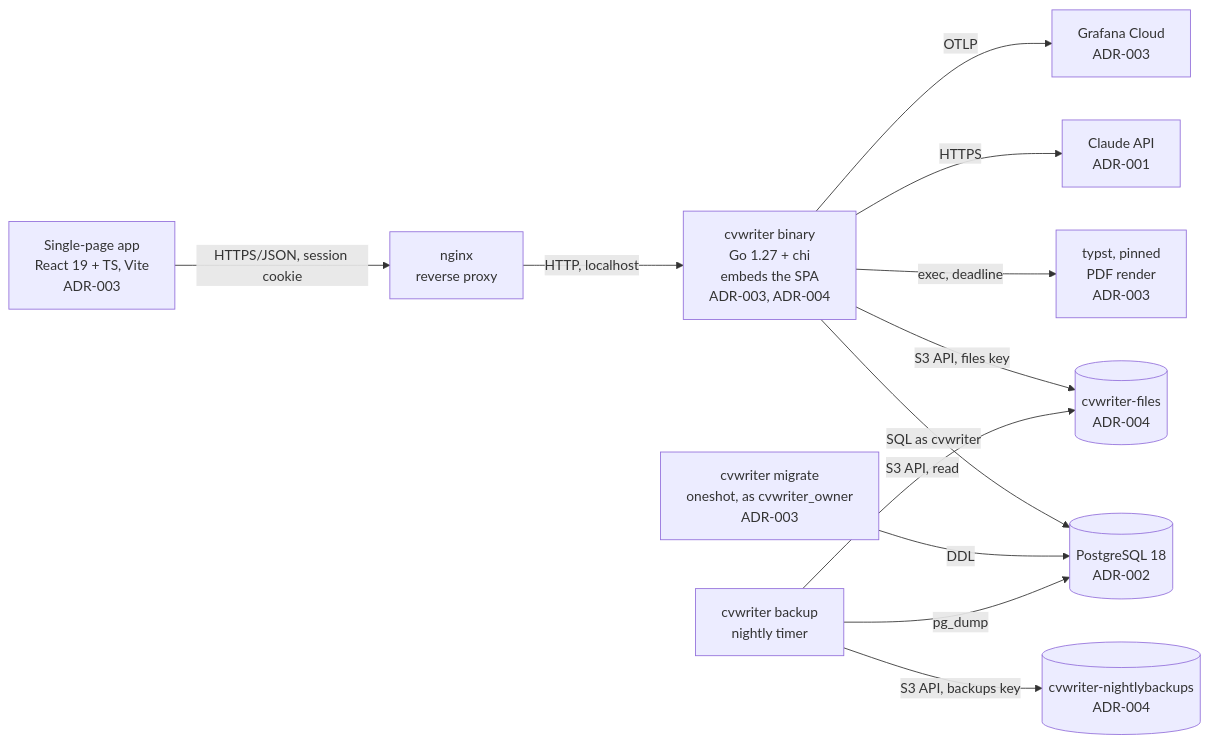
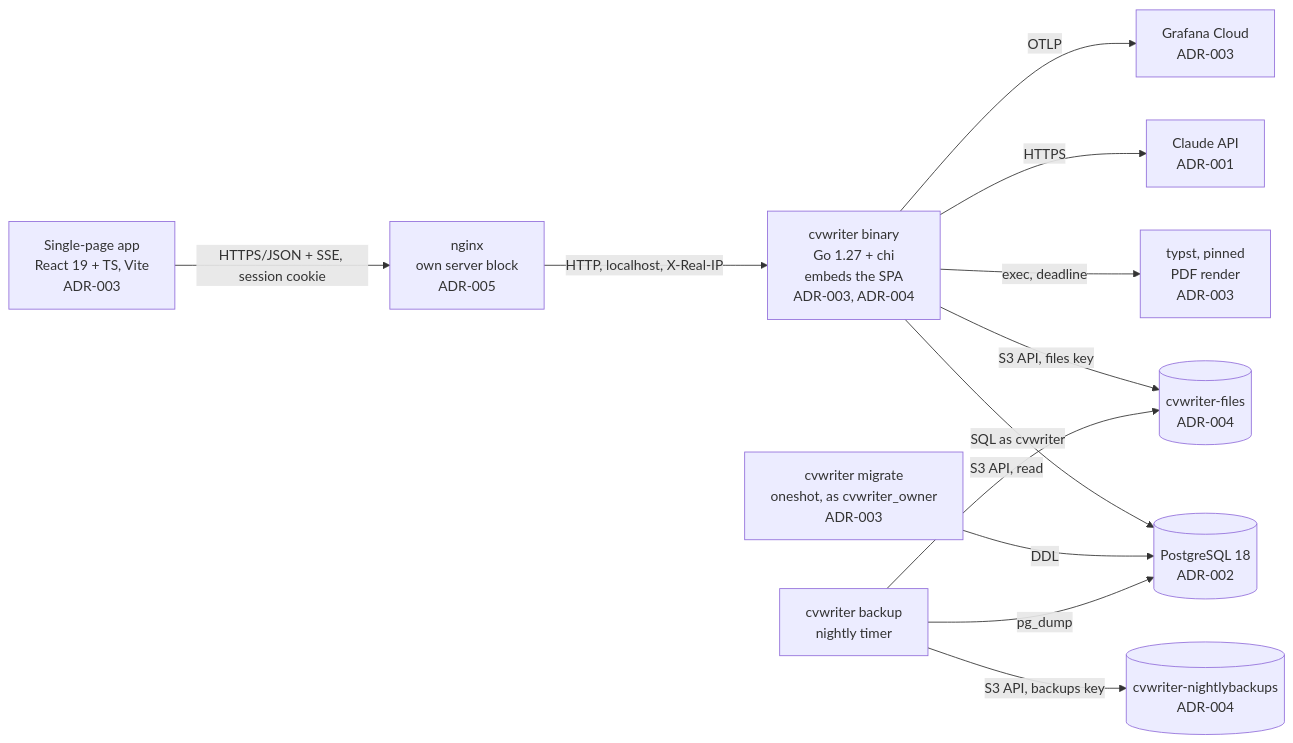
Before and after one commit to pyfork/klein-stapje: the fourth of 4 diagrams in specs/architecture.md, drawn with Mermaid. The commit also changed other lines of this file, not shown here.

First line of the commit message:
architecture: all open questions decided; sign-in, CV jobs, cv_events, own subdomain, scale path

````diff
--- a/specs/architecture.md
+++ b/specs/architecture.md
@@ -65,14 +78,14 @@
 ```mermaid
 flowchart LR
-    spa[Single-page app<br/>React 19 + TS, Vite<br/>ADR-003] -->|HTTPS/JSON, session cookie| nginx[nginx<br/>reverse proxy]
-    nginx -->|HTTP, localhost| app[cvwriter binary<br/>Go 1.27 + chi<br/>embeds the SPA<br/>ADR-003, ADR-004]
+    spa[Single-page app<br/>React 19 + TS, Vite<br/>ADR-003] -->|HTTPS/JSON + SSE, session cookie| nginx[nginx<br/>own server block<br/>ADR-005]
+    nginx -->|HTTP, localhost, X-Real-IP| app[cvwriter binary<br/>Go 1.27 + chi<br/>embeds the SPA<br/>ADR-003, ADR-004]
     app -->|SQL as cvwriter| db[(PostgreSQL 18<br/>ADR-002)]
     app -->|exec, deadline| typst[typst, pinned<br/>PDF render<br/>ADR-003]
     app -->|S3 API, files key| files[(cvwriter-files<br/>ADR-004)]
     app -->|HTTPS| claude[Claude API<br/>ADR-001]
     app -->|OTLP| otel[Grafana Cloud<br/>ADR-003]
     migrate[cvwriter migrate<br/>oneshot, as cvwriter_owner<br/>ADR-003] -->|DDL| db
     backup[cvwriter backup<br/>nightly timer] -->|pg_dump| db
     backup -->|S3 API, backups key| nightly[(cvwriter-nightlybackups<br/>ADR-004)]
     backup -->|S3 API, read| files
 ```
````
